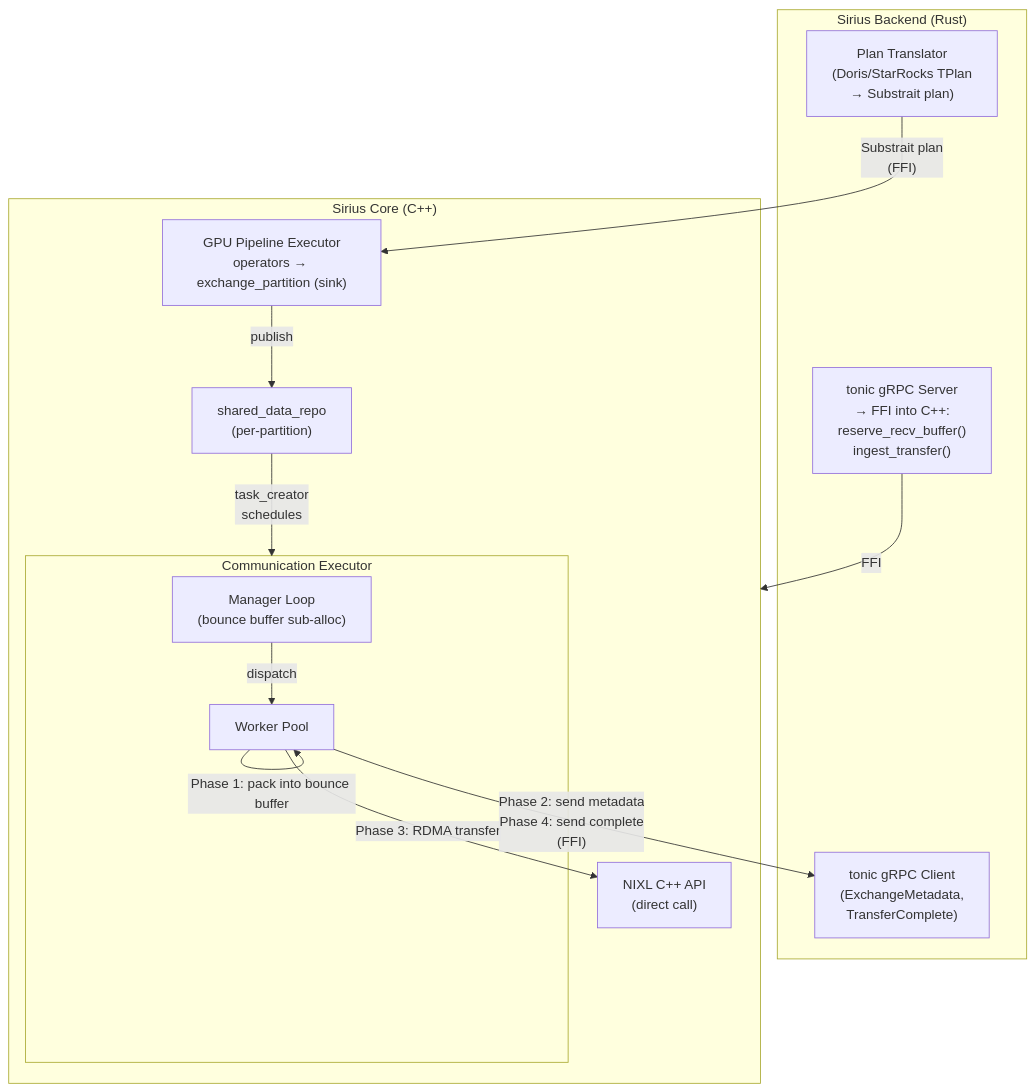
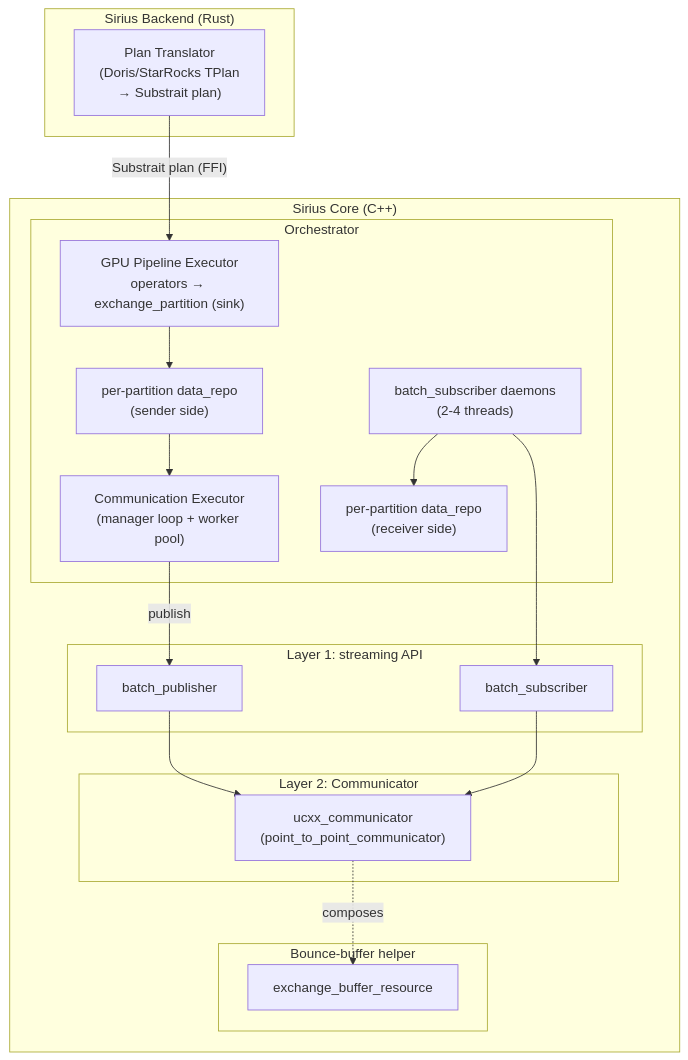
Before and after one commit to sirius-db/sirius: the second of 7 diagrams in docs/super-sirius/exchange-integration.md, drawn with Mermaid. The commit also changed other lines of this file, not shown here.

First line of the commit message:
docs: clarify exchange design with sender/receiver flows

````diff
--- a/docs/super-sirius/exchange-integration.md
+++ b/docs/super-sirius/exchange-integration.md
@@ -71,25 +93,36 @@
 ```mermaid
 graph TB
     subgraph rust["Sirius Backend (Rust)"]
         PT["Plan Translator\n(Doris/StarRocks TPlan\n→ Substrait plan)"]
-        TC["tonic gRPC Client\n(ExchangeMetadata,\nTransferComplete)"]
-        TS["tonic gRPC Server\n→ FFI into C++:\nreserve_recv_buffer()\ningest_transfer()"]
     end
 
     subgraph core["Sirius Core (C++)"]
-        GPU["GPU Pipeline Executor\noperators → exchange_partition (sink)"]
-        GPU -->|publish| REPO["shared_data_repo\n(per-partition)"]
-        REPO -->|"task_creator\nschedules"| COMM
-
-        subgraph COMM["Communication Executor"]
-            ML["Manager Loop\n(bounce buffer sub-alloc)"] -->|dispatch| WP["Worker Pool"]
+        subgraph orch["Orchestrator"]
+            GPU["GPU Pipeline Executor\noperators → exchange_partition (sink)"]
+            REPO_S["per-partition data_repo\n(sender side)"]
+            CE["Communication Executor\n(manager loop + worker pool)"]
+            REPO_R["per-partition data_repo\n(receiver side)"]
+            BS["batch_subscriber daemons\n(2-4 threads)"]
         end
 
-        WP -->|"Phase 1: pack into bounce buffer"| WP
-        WP -->|"Phase 3: RDMA transfer"| NIXL_CPP["NIXL C++ API\n(direct call)"]
+        subgraph L1["Layer 1: streaming API"]
+            BP["batch_publisher"]
+            BSI["batch_subscriber"]
+        end
+
+        subgraph L2["Layer 2: Communicator"]
+            UCXX_C["ucxx_communicator\n(point_to_point_communicator)"]
+        end
+
+        subgraph helper["Bounce-buffer helper"]
+            EBR["exchange_buffer_resource"]
+        end
     end
 
-    PT -->|"Substrait plan\n(FFI)"| GPU
-    WP -->|"Phase 2: send metadata\nPhase 4: send complete\n(FFI)"| TC
-    TS -->|"FFI"| core
+    PT -->|"Substrait plan (FFI)"| GPU
+    GPU --> REPO_S --> CE
+    CE -->|publish| BP --> UCXX_C
+    UCXX_C -.composes.-> EBR
+    BS --> BSI --> UCXX_C
+    BS --> REPO_R
 ```
````
